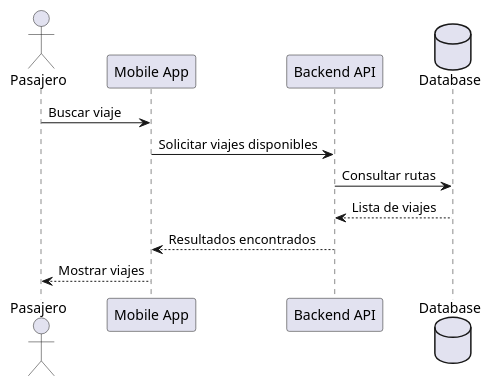
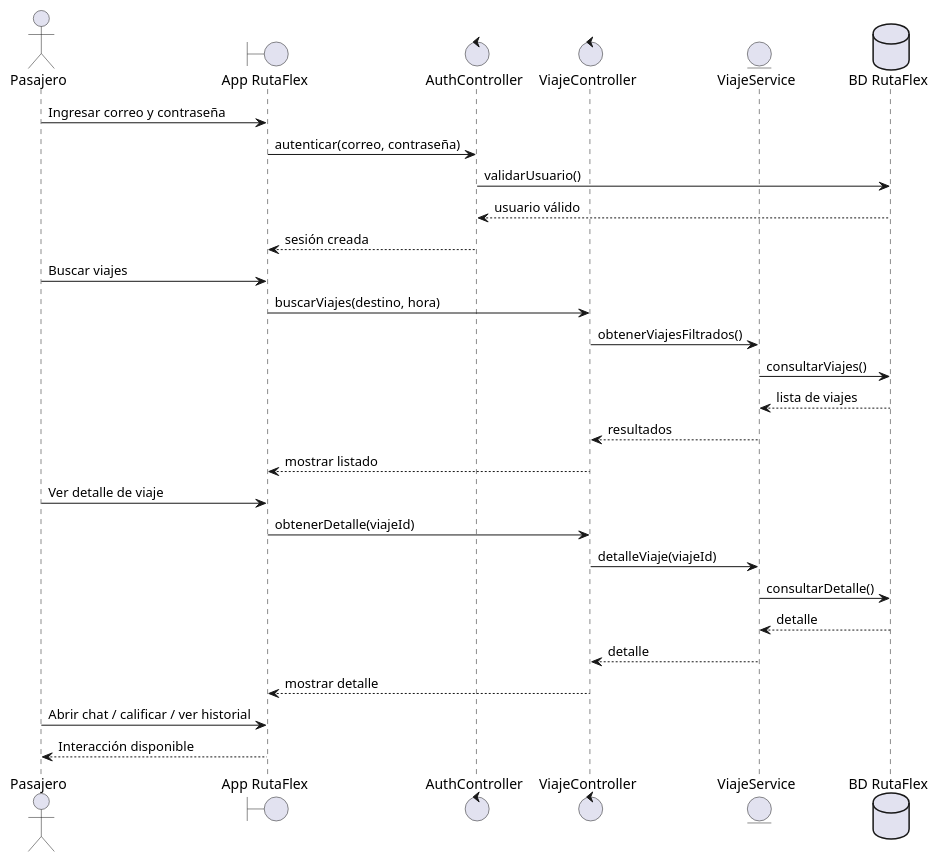
Before and after one commit to Richard-suv/UML-PROYECTO: the diagram in Diagrama5.puml, drawn with PlantUML. The commit also changed 11 other files, not shown here.

```diff
--- a/Diagrama5.puml
+++ b/Diagrama5.puml
@@ -1,16 +1,33 @@
 @startuml
+actor Pasajero
+boundary "App RutaFlex" as App
+control "AuthController" as Auth
+control "ViajeController" as ViajeC
+entity "ViajeService" as ViajeS
+database "BD RutaFlex" as DB
 
-actor Pasajero
+Pasajero -> App : Ingresar correo y contraseña
+App -> Auth : autenticar(correo, contraseña)
+Auth -> DB : validarUsuario()
+DB --> Auth : usuario válido
+Auth --> App : sesión creada
 
-participant "Mobile App" as App
-participant "Backend API" as API
-database "Database" as DB
+Pasajero -> App : Buscar viajes
+App -> ViajeC : buscarViajes(destino, hora)
+ViajeC -> ViajeS : obtenerViajesFiltrados()
+ViajeS -> DB : consultarViajes()
+DB --> ViajeS : lista de viajes
+ViajeS --> ViajeC : resultados
+ViajeC --> App : mostrar listado
 
-Pasajero -> App : Buscar viaje
-App -> API : Solicitar viajes disponibles
-API -> DB : Consultar rutas
-DB --> API : Lista de viajes
-API --> App : Resultados encontrados
-App --> Pasajero : Mostrar viajes
+Pasajero -> App : Ver detalle de viaje
+App -> ViajeC : obtenerDetalle(viajeId)
+ViajeC -> ViajeS : detalleViaje(viajeId)
+ViajeS -> DB : consultarDetalle()
+DB --> ViajeS : detalle
+ViajeS --> ViajeC : detalle
+ViajeC --> App : mostrar detalle
 
+Pasajero -> App : Abrir chat / calificar / ver historial
+App --> Pasajero : Interacción disponible
 @enduml
```
